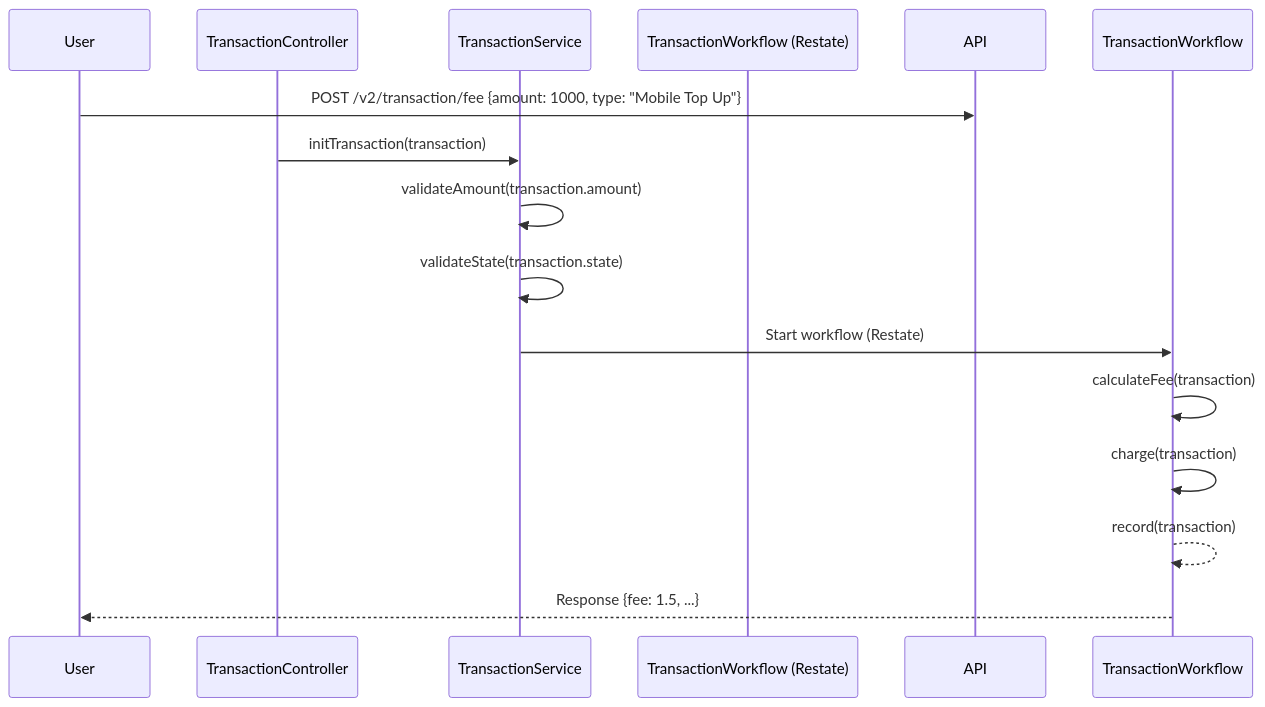
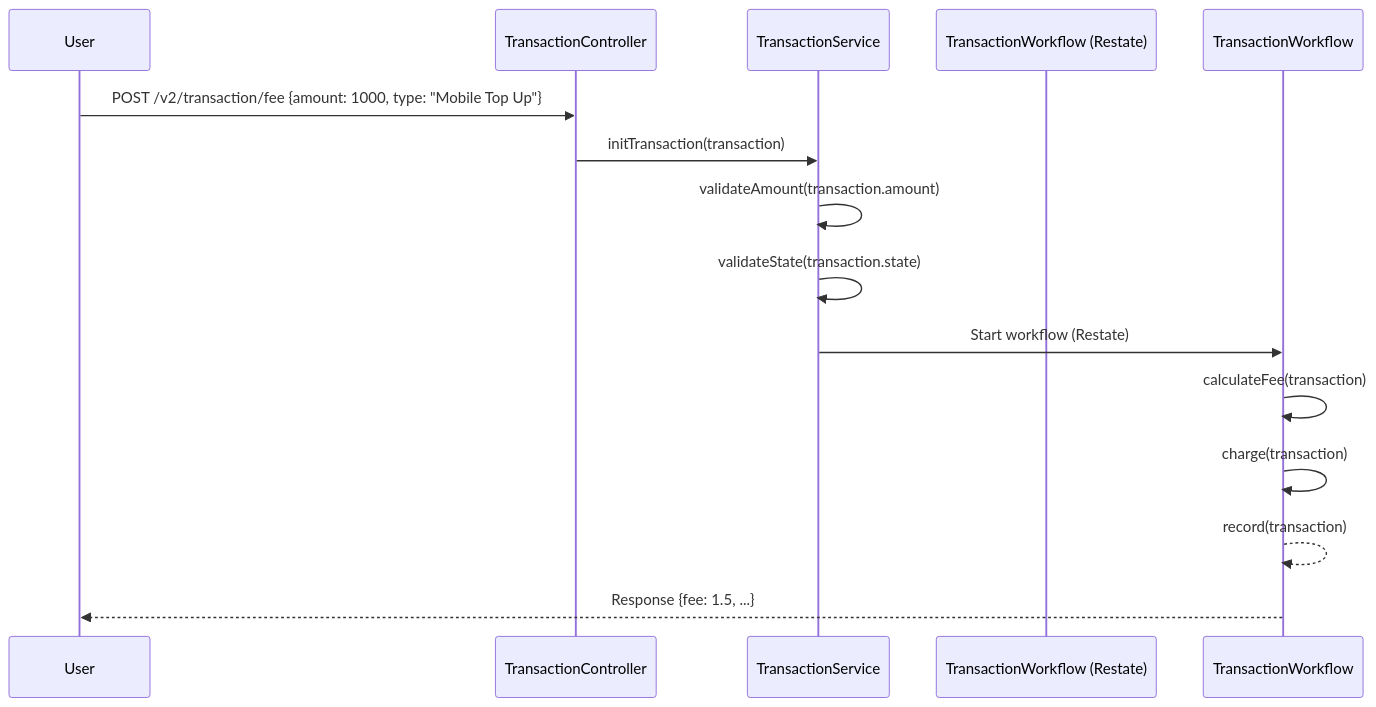
The diagram in README.md (MostafaMohamedRady/cashi-fee-reactive-service), drawn with Mermaid before and after one commit.

Commit message:
fix sequence diagram

````diff
--- a/README.md
+++ b/README.md
@@ -24,17 +24,17 @@
 ```mermaid
 sequenceDiagram
         participant User
         participant TransactionController
         participant TransactionService
         participant TransactionWorkflow (Restate)
 
-        User->>API: POST /v2/transaction/fee {amount: 1000, type: "Mobile Top Up"}
+        User->>TransactionController: POST /v2/transaction/fee {amount: 1000, type: "Mobile Top Up"}
         TransactionController->>TransactionService: initTransaction(transaction)
         TransactionService->>TransactionService: validateAmount(transaction.amount)
         TransactionService->>TransactionService: validateState(transaction.state)
         TransactionService->>TransactionWorkflow: Start workflow (Restate)
         TransactionWorkflow->>TransactionWorkflow: calculateFee(transaction)
         TransactionWorkflow->>TransactionWorkflow: charge(transaction)
         TransactionWorkflow-->>TransactionWorkflow: record(transaction)
         TransactionWorkflow-->>User: Response {fee: 1.5, ...}
 ```
````
